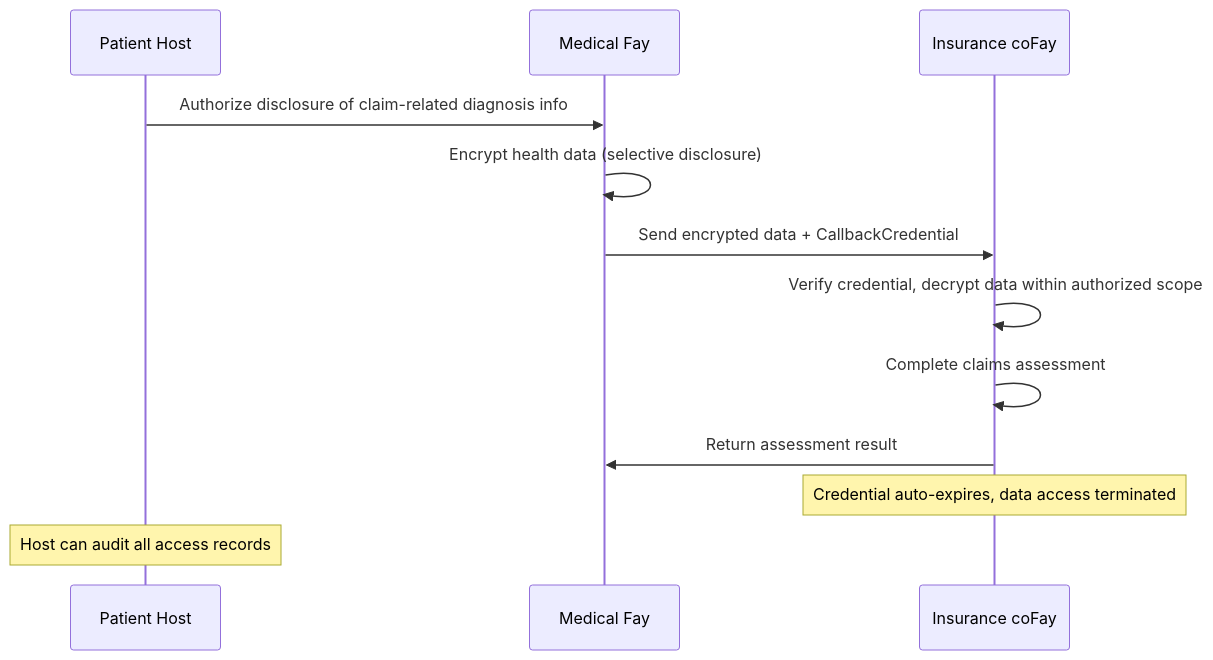
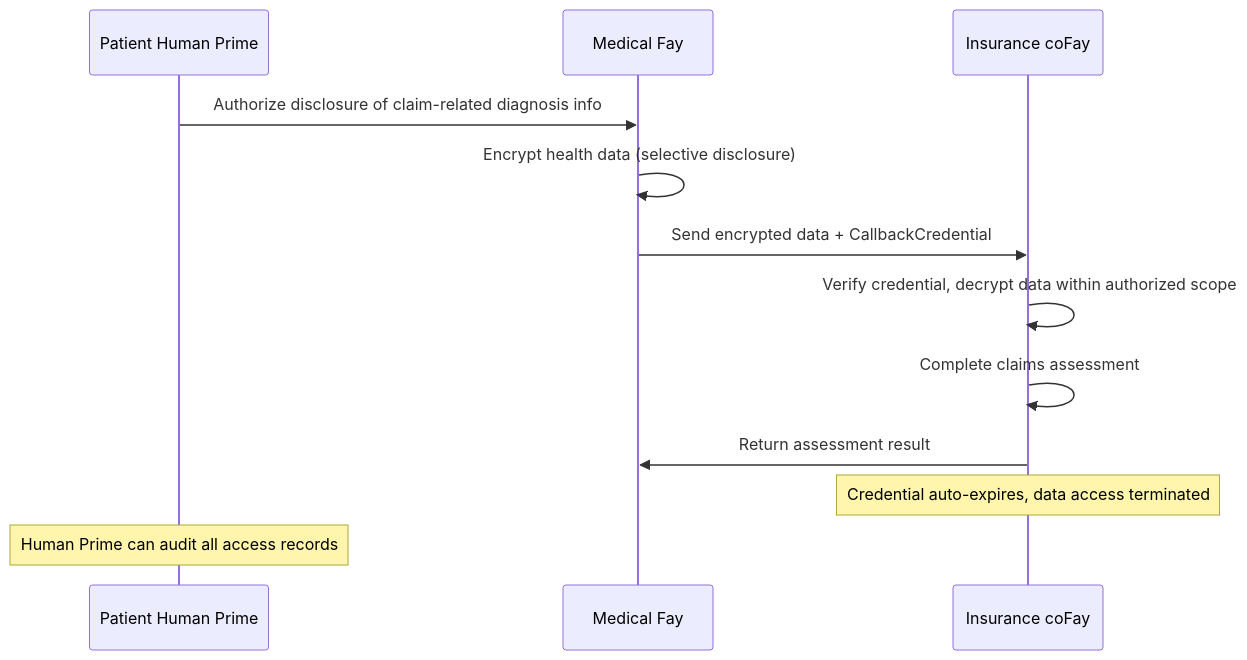
One commit to ChainModePilot/Telepathy-Protocol changed the first of 5 diagrams in docs/en/blueprint/4-application-scenarios.md. Above: the diagram before and after it, drawn with Mermaid. The commit also changed other lines of this file and 68 other files, not shown here.

First line of the commit message:
Use 'Human Prime' instead of 'Host' in blueprints

````diff
--- a/docs/en/blueprint/4-application-scenarios.md
+++ b/docs/en/blueprint/4-application-scenarios.md
@@ -19,15 +19,15 @@
 ```mermaid
 sequenceDiagram
-    participant H as Patient Host
+    participant H as Patient Human Prime
     participant MF as Medical Fay
     participant IF as Insurance coFay
 
     H->>MF: Authorize disclosure of claim-related diagnosis info
     MF->>MF: Encrypt health data (selective disclosure)
     MF->>IF: Send encrypted data + CallbackCredential
     IF->>IF: Verify credential, decrypt data within authorized scope
     IF->>IF: Complete claims assessment
     IF->>MF: Return assessment result
     Note over IF: Credential auto-expires, data access terminated
-    Note over H: Host can audit all access records
+    Note over H: Human Prime can audit all access records
 ```
````
